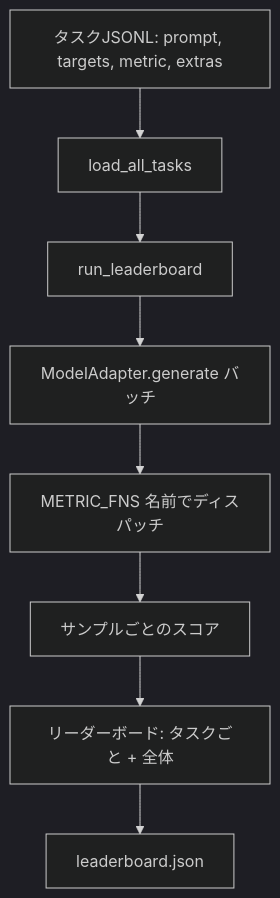
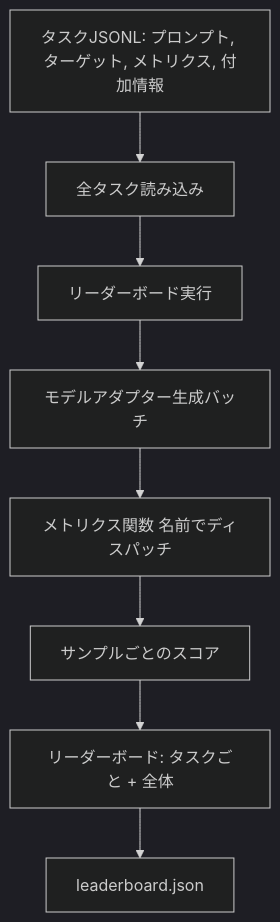
Before and after one commit to shoshoshomen/synapse-academy: the first of 2 diagrams in content/phases/19-capstone-projects/49-lm-eval-harness/lesson.ja.md, drawn with Mermaid (dark theme). The commit also changed other lines of this file and 124 other files, not shown here.

First line of the commit message:
feat(i18n): mermaid図のラベルを日本語化(194レッスン/374図)

````diff
--- a/content/phases/19-capstone-projects/49-lm-eval-harness/lesson.ja.md
+++ b/content/phases/19-capstone-projects/49-lm-eval-harness/lesson.ja.md
@@ -23,10 +23,10 @@
 ```mermaid
 flowchart TD
-  tasks[タスクJSONL: prompt, targets, metric, extras] --> loader[load_all_tasks]
-  loader --> runner[run_leaderboard]
-  runner --> adapter[ModelAdapter.generate バッチ]
-  adapter --> metrics[METRIC_FNS 名前でディスパッチ]
-  metrics --> scores[サンプルごとのスコア]
-  scores --> board[リーダーボード: タスクごと + 全体]
-  board --> out[leaderboard.json]
+  tasks["タスクJSONL: プロンプト, ターゲット, メトリクス, 付加情報"] --> loader["全タスク読み込み"]
+  loader --> runner["リーダーボード実行"]
+  runner --> adapter["モデルアダプター生成バッチ"]
+  adapter --> metrics["メトリクス関数 名前でディスパッチ"]
+  metrics --> scores["サンプルごとのスコア"]
+  scores --> board["リーダーボード: タスクごと + 全体"]
+  board --> out["leaderboard.json"]
 ```
````
